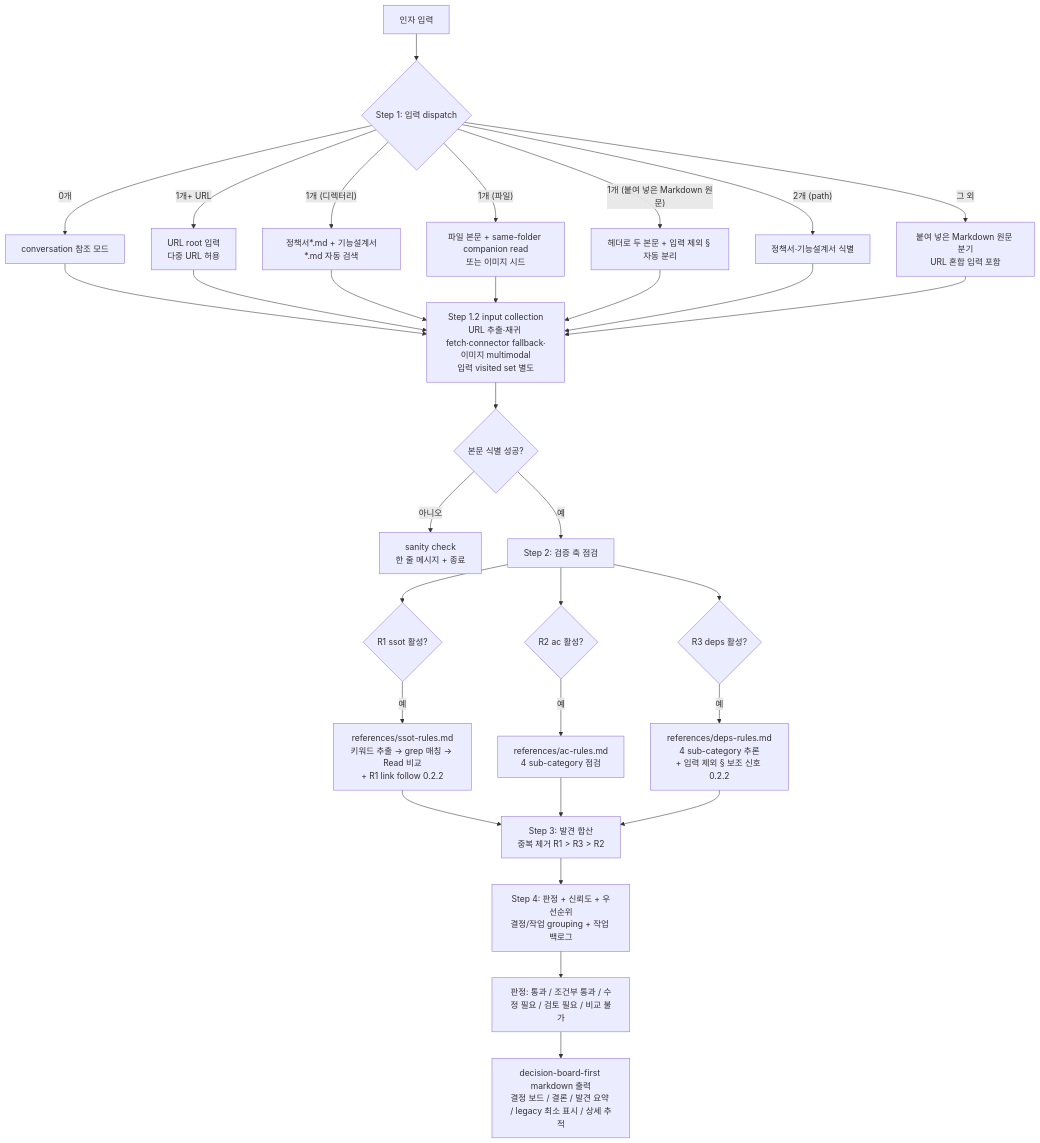
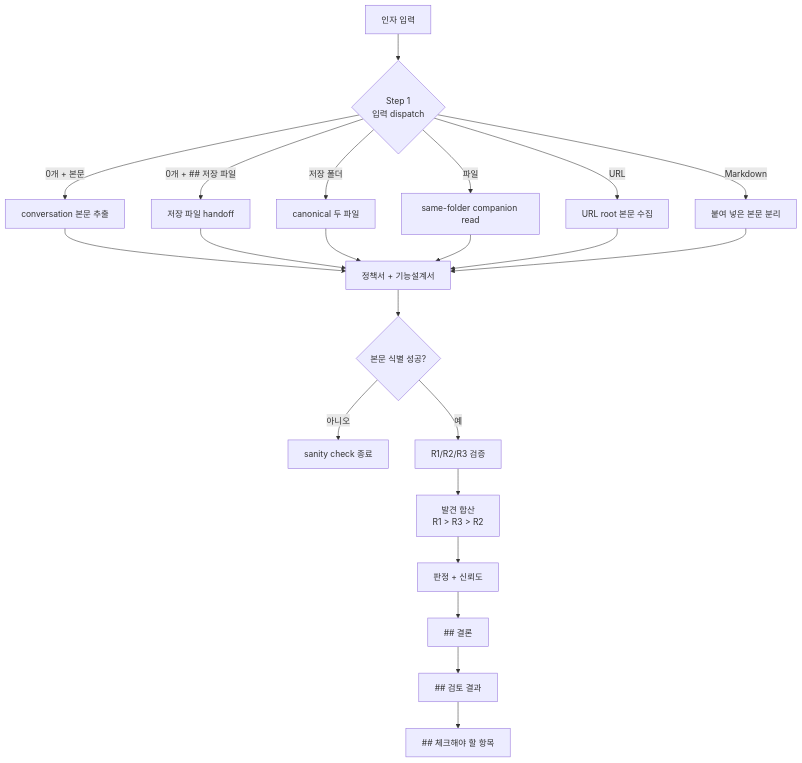
One commit to inkwonjung-colosseum/plugins changed the first of 2 diagrams in planning-kit/docs/planning-review-workflow.md. Above: the diagram before and after it, drawn with Mermaid. The commit also changed other lines of this file and 83 other files, not shown here.

````diff
--- a/planning-kit/docs/planning-review-workflow.md
+++ b/planning-kit/docs/planning-review-workflow.md
@@ -9,39 +7,24 @@
 ```mermaid
 flowchart TD
-  A[인자 입력] --> B{Step 1: 입력 dispatch}
-  B -->|0개| BC[conversation 참조 모드]
-  B -->|"1개+ URL"| BU[URL root 입력<br/>다중 URL 허용]
-  B -->|"1개 (디렉터리)"| B1[정책서*.md + 기능설계서*.md 자동 검색]
-  B -->|"1개 (파일)"| B2[파일 본문 + same-folder companion read<br/>또는 이미지 시드]
-  B -->|"1개 (붙여 넣은 Markdown 원문)"| B3[헤더로 두 본문 + 입력 제외 § 자동 분리]
-  B -->|"2개 (path)"| B4[정책서·기능설계서 식별]
-  B -->|"그 외"| B5[붙여 넣은 Markdown 원문 분기<br/>URL 혼합 입력 포함]
-
-  BC --> IC[Step 1.2 input collection<br/>URL 추출·재귀 fetch·connector fallback·이미지 multimodal<br/>입력 visited set 별도]
-  BU --> IC
-  B1 --> IC
-  B2 --> IC
-  B3 --> IC
-  B4 --> IC
-  B5 --> IC
-  IC --> C{본문 식별 성공?}
-  C -->|아니오| CX[sanity check<br/>한 줄 메시지 + 종료]
-  C -->|예| D[Step 2: 검증 축 점검]
-
-  D --> R1{R1 ssot 활성?}
-  D --> R2{R2 ac 활성?}
-  D --> R3{R3 deps 활성?}
-
-  R1 -->|예| RR1[references/ssot-rules.md<br/>키워드 추출 → grep 매칭 → Read 비교<br/>+ R1 link follow 0.2.2]
-  R2 -->|예| RR2[references/ac-rules.md<br/>4 sub-category 점검]
-  R3 -->|예| RR3[references/deps-rules.md<br/>4 sub-category 추론<br/>+ 입력 제외 § 보조 신호 0.2.2]
-
-  RR1 --> M[Step 3: 발견 합산<br/>중복 제거 R1 > R3 > R2]
-  RR2 --> M
-  RR3 --> M
-
-  M --> N["Step 4: 판정 + 신뢰도 + 우선순위<br/>결정/작업 grouping + 작업 백로그"]
-  N --> PASS["판정: 통과 / 조건부 통과 / 수정 필요 / 검토 필요 / 비교 불가"]
-
-  PASS --> OUT["decision-board-first markdown 출력<br/>결정 보드 / 결론 / 발견 요약 / legacy 최소 표시 / 상세 추적"]
+  A["인자 입력"] --> B{"Step 1<br/>입력 dispatch"}
+  B -->|"0개 + 본문"| C["conversation 본문 추출"]
+  B -->|"0개 + ## 저장 파일"| D["저장 파일 handoff"]
+  B -->|"저장 폴더"| E["canonical 두 파일"]
+  B -->|"파일"| F["same-folder companion read"]
+  B -->|"URL"| G["URL root 본문 수집"]
+  B -->|"Markdown"| H["붙여 넣은 본문 분리"]
+  C --> I["정책서 + 기능설계서"]
+  D --> I
+  E --> I
+  F --> I
+  G --> I
+  H --> I
+  I --> J{"본문 식별 성공?"}
+  J -->|"아니오"| X["sanity check 종료"]
+  J -->|"예"| K["R1/R2/R3 검증"]
+  K --> L["발견 합산<br/>R1 > R3 > R2"]
+  L --> M["판정 + 신뢰도"]
+  M --> N["## 결론"]
+  N --> O["## 검토 결과"]
+  O --> P["## 체크해야 할 항목"]
 ```
````
